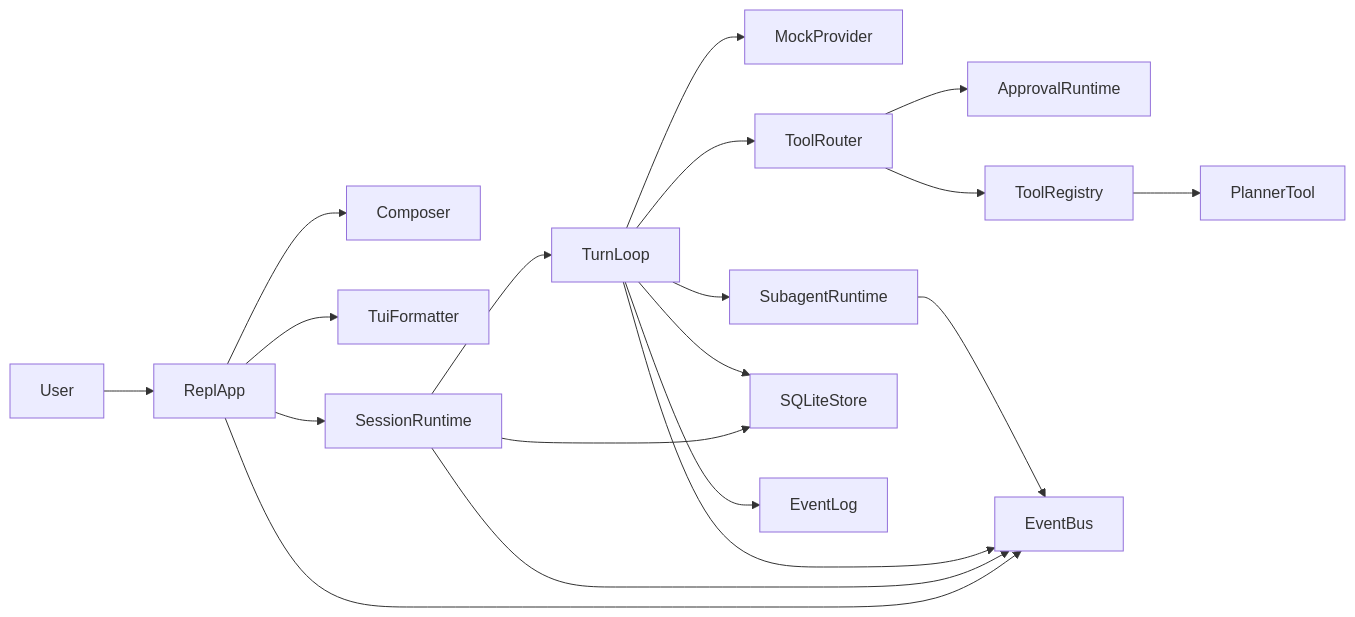
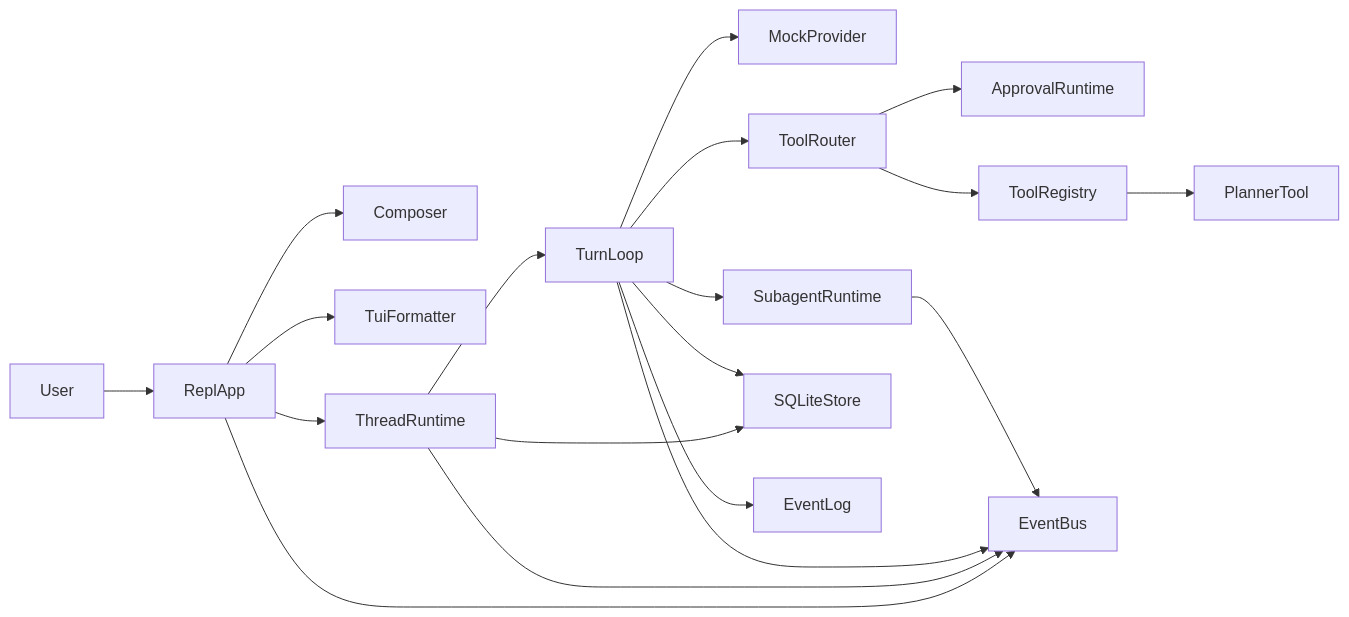
One commit to yao-creative/anti-tech-debt changed the first of 8 diagrams in docs/architecture.md. Above: the diagram before and after it, drawn with Mermaid. The commit also changed other lines of this file and 22 other files, not shown here.

Commit message:
Hard cut runtime to thread model

````diff
--- a/docs/architecture.md
+++ b/docs/architecture.md
@@ -7,41 +7,41 @@
 ```mermaid
 flowchart LR
     User[User]
     Repl[ReplApp]
     Composer[Composer]
     Formatter[TuiFormatter]
-    SessionRuntime[SessionRuntime]
+    ThreadRuntime[ThreadRuntime]
     TurnLoop[TurnLoop]
     MockProvider[MockProvider]
     ToolRouter[ToolRouter]
     ApprovalRuntime[ApprovalRuntime]
     ToolRegistry[ToolRegistry]
     PlannerTool[PlannerTool]
     SubagentRuntime[SubagentRuntime]
     EventBus[EventBus]
     SQLiteStore[SQLiteStore]
     EventLog[EventLog]
 
     User --> Repl
     Repl --> Composer
     Repl --> Formatter
-    Repl --> SessionRuntime
+    Repl --> ThreadRuntime
     Repl --> EventBus
 
-    SessionRuntime --> TurnLoop
-    SessionRuntime --> SQLiteStore
-    SessionRuntime --> EventBus
+    ThreadRuntime --> TurnLoop
+    ThreadRuntime --> SQLiteStore
+    ThreadRuntime --> EventBus
 
     TurnLoop --> SQLiteStore
     TurnLoop --> EventLog
     TurnLoop --> EventBus
     TurnLoop --> MockProvider
     TurnLoop --> ToolRouter
     TurnLoop --> SubagentRuntime
 
     ToolRouter --> ApprovalRuntime
     ToolRouter --> ToolRegistry
     ToolRegistry --> PlannerTool
 
     SubagentRuntime --> EventBus
 ```
````
